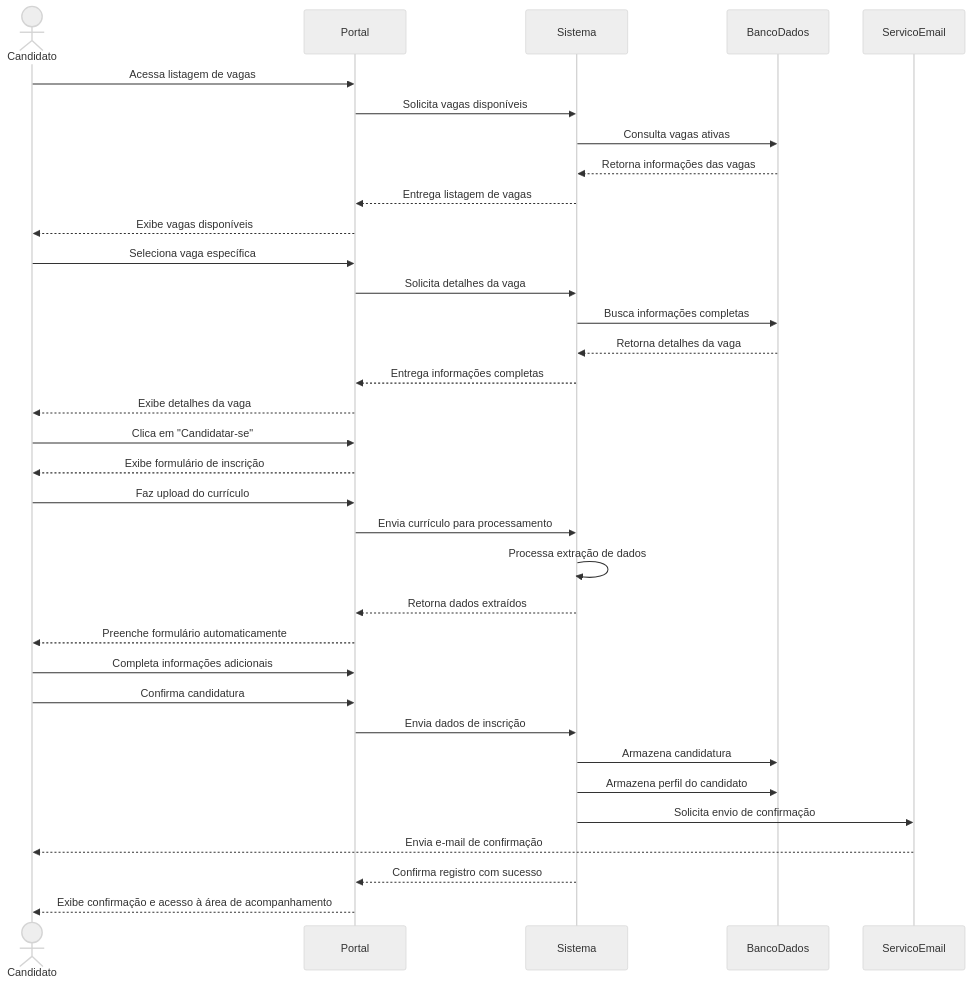
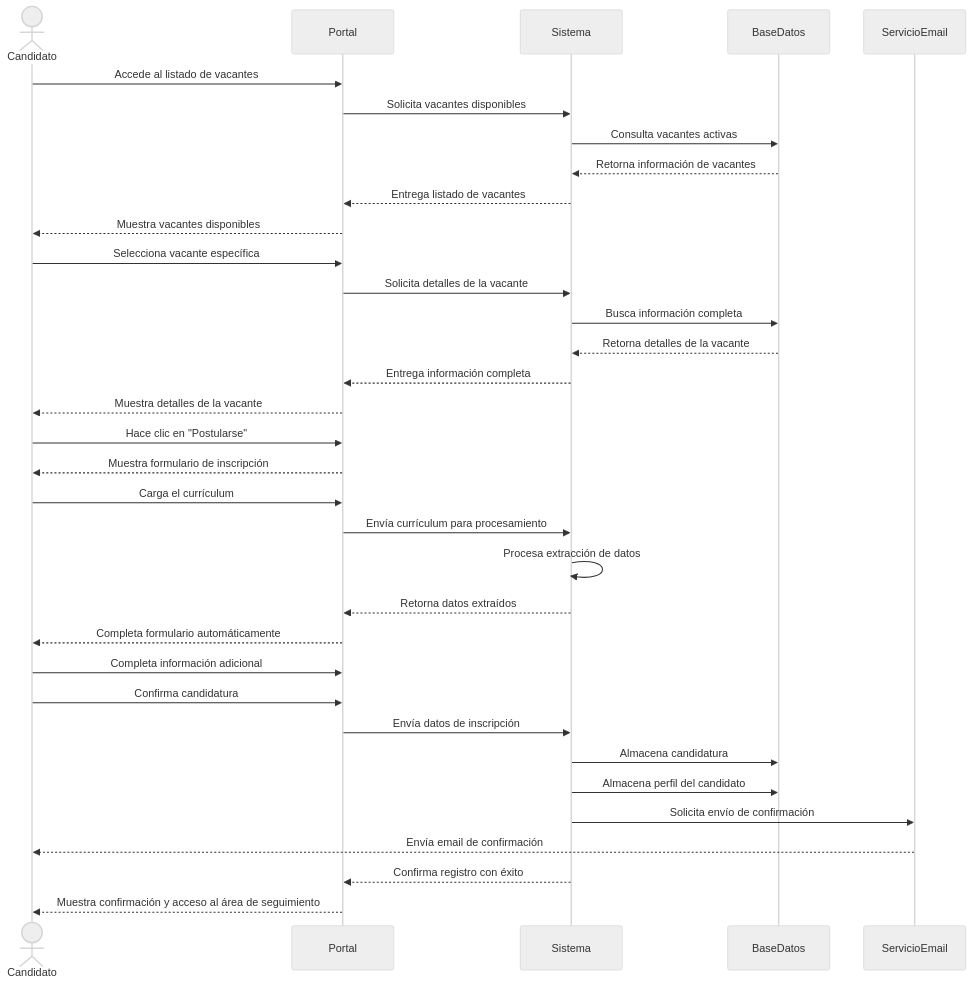
The third of 4 diagrams in vmr-iniciales/vmr-iniciales.md (felipemarin/ai4devs-design-1), drawn with Mermaid (neutral theme) before and after one commit. The commit also changed other lines of this file, not shown here.

````diff
--- a/vmr-iniciales/vmr-iniciales.md
+++ b/vmr-iniciales/vmr-iniciales.md
@@ -390,43 +390,43 @@
 ```mermaid
 sequenceDiagram
     actor Candidato
     participant Portal
     participant Sistema
-    participant BancoDados
-    participant ServicoEmail
+    participant BaseDatos
+    participant ServicioEmail
     
-    Candidato->>Portal: Acessa listagem de vagas
-    Portal->>Sistema: Solicita vagas disponíveis
-    Sistema->>BancoDados: Consulta vagas ativas
-    BancoDados-->>Sistema: Retorna informações das vagas
-    Sistema-->>Portal: Entrega listagem de vagas
-    Portal-->>Candidato: Exibe vagas disponíveis
+    Candidato->>Portal: Accede al listado de vacantes
+    Portal->>Sistema: Solicita vacantes disponibles
+    Sistema->>BaseDatos: Consulta vacantes activas
+    BaseDatos-->>Sistema: Retorna información de vacantes
+    Sistema-->>Portal: Entrega listado de vacantes
+    Portal-->>Candidato: Muestra vacantes disponibles
     
-    Candidato->>Portal: Seleciona vaga específica
-    Portal->>Sistema: Solicita detalhes da vaga
-    Sistema->>BancoDados: Busca informações completas
-    BancoDados-->>Sistema: Retorna detalhes da vaga
-    Sistema-->>Portal: Entrega informações completas
-    Portal-->>Candidato: Exibe detalhes da vaga
+    Candidato->>Portal: Selecciona vacante específica
+    Portal->>Sistema: Solicita detalles de la vacante
+    Sistema->>BaseDatos: Busca información completa
+    BaseDatos-->>Sistema: Retorna detalles de la vacante
+    Sistema-->>Portal: Entrega información completa
+    Portal-->>Candidato: Muestra detalles de la vacante
     
-    Candidato->>Portal: Clica em "Candidatar-se"
-    Portal-->>Candidato: Exibe formulário de inscrição
+    Candidato->>Portal: Hace clic en "Postularse"
+    Portal-->>Candidato: Muestra formulario de inscripción
     
-    Candidato->>Portal: Faz upload do currículo
-    Portal->>Sistema: Envia currículo para processamento
-    Sistema->>Sistema: Processa extração de dados
-    Sistema-->>Portal: Retorna dados extraídos
-    Portal-->>Candidato: Preenche formulário automaticamente
+    Candidato->>Portal: Carga el currículum
+    Portal->>Sistema: Envía currículum para procesamiento
+    Sistema->>Sistema: Procesa extracción de datos
+    Sistema-->>Portal: Retorna datos extraídos
+    Portal-->>Candidato: Completa formulario automáticamente
     
-    Candidato->>Portal: Completa informações adicionais
+    Candidato->>Portal: Completa información adicional
     Candidato->>Portal: Confirma candidatura
-    Portal->>Sistema: Envia dados de inscrição
-    Sistema->>BancoDados: Armazena candidatura
-    Sistema->>BancoDados: Armazena perfil do candidato
+    Portal->>Sistema: Envía datos de inscripción
+    Sistema->>BaseDatos: Almacena candidatura
+    Sistema->>BaseDatos: Almacena perfil del candidato
     
-    Sistema->>ServicoEmail: Solicita envio de confirmação
-    ServicoEmail-->>Candidato: Envia e-mail de confirmação
+    Sistema->>ServicioEmail: Solicita envío de confirmación
+    ServicioEmail-->>Candidato: Envía email de confirmación
     
-    Sistema-->>Portal: Confirma registro com sucesso
-    Portal-->>Candidato: Exibe confirmação e acesso à área de acompanhamento
+    Sistema-->>Portal: Confirma registro con éxito
+    Portal-->>Candidato: Muestra confirmación y acceso al área de seguimiento
 ```
````
